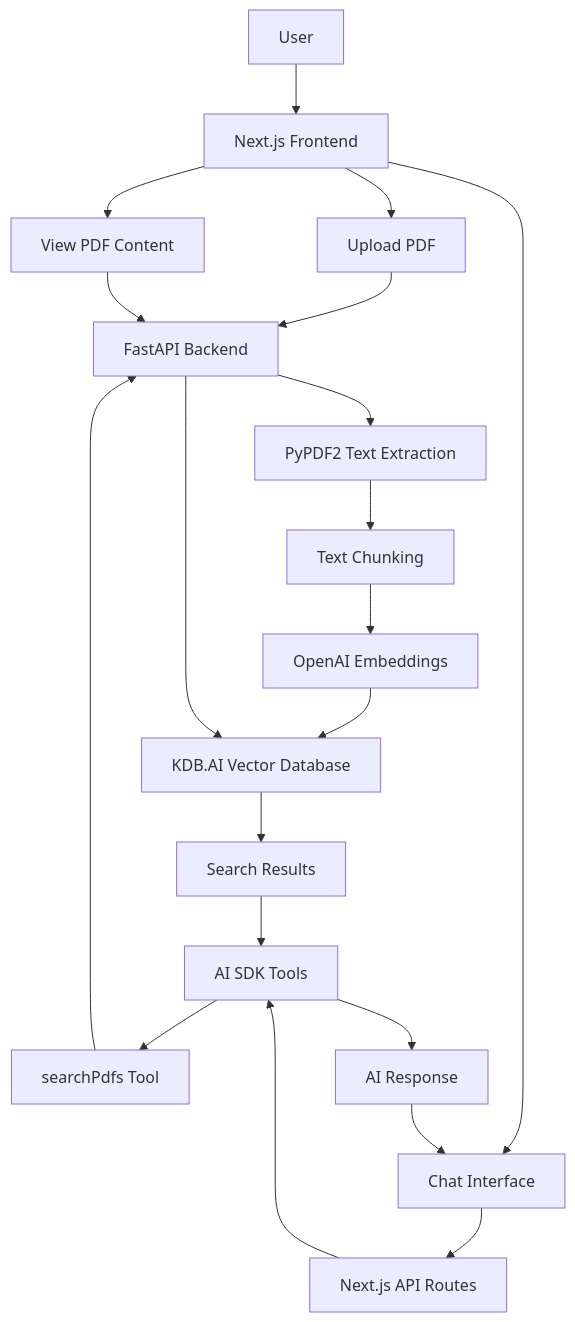
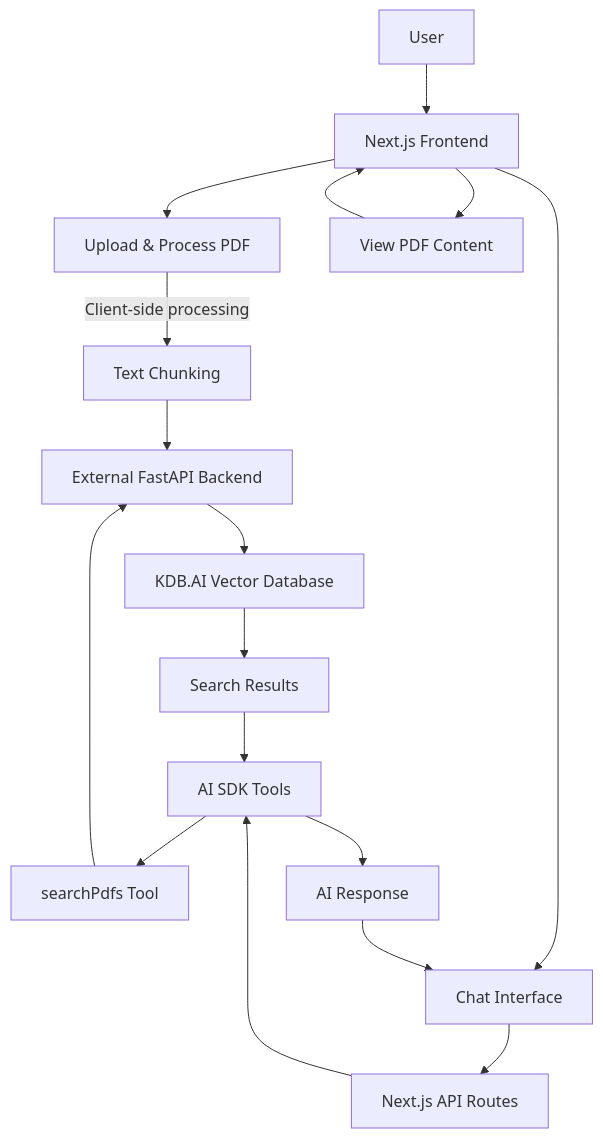
Before and after one commit to mrmps/pdfchatbot: the diagram in README.md, drawn with Mermaid. The commit also changed other lines of this file, not shown here.

````diff
--- a/README.md
+++ b/README.md
@@ -33,26 +33,22 @@
 ```mermaid
 graph TD
     User[User] --> Frontend[Next.js Frontend]
-    Frontend --> UploadPDF[Upload PDF]
+    Frontend --> UploadPDF[Upload & Process PDF]
     Frontend --> ChatInterface[Chat Interface]
     Frontend --> ViewPDF[View PDF Content]
     
-    UploadPDF --> FastAPI[FastAPI Backend]
+    UploadPDF -- Client-side processing --> TextChunking[Text Chunking]
+    TextChunking --> Backend[External FastAPI Backend]
     ChatInterface --> NextRoutes[Next.js API Routes]
-    ViewPDF --> FastAPI
-    
-    FastAPI --> PyPDF2[PyPDF2 Text Extraction]
-    PyPDF2 --> TextChunking[Text Chunking]
-    TextChunking --> Embeddings[OpenAI Embeddings]
-    Embeddings --> KDBAI[KDB.AI Vector Database]
+    ViewPDF --> Frontend
     
     NextRoutes --> AITools[AI SDK Tools]
     AITools --> SearchPDFs[searchPdfs Tool]
-    SearchPDFs --> FastAPI
-    FastAPI --> KDBAI
+    SearchPDFs --> Backend
+    Backend --> KDBAI[KDB.AI Vector Database]
     
     KDBAI --> Results[Search Results]
     Results --> AITools
     AITools --> Response[AI Response]
     Response --> ChatInterface
 ```
````
